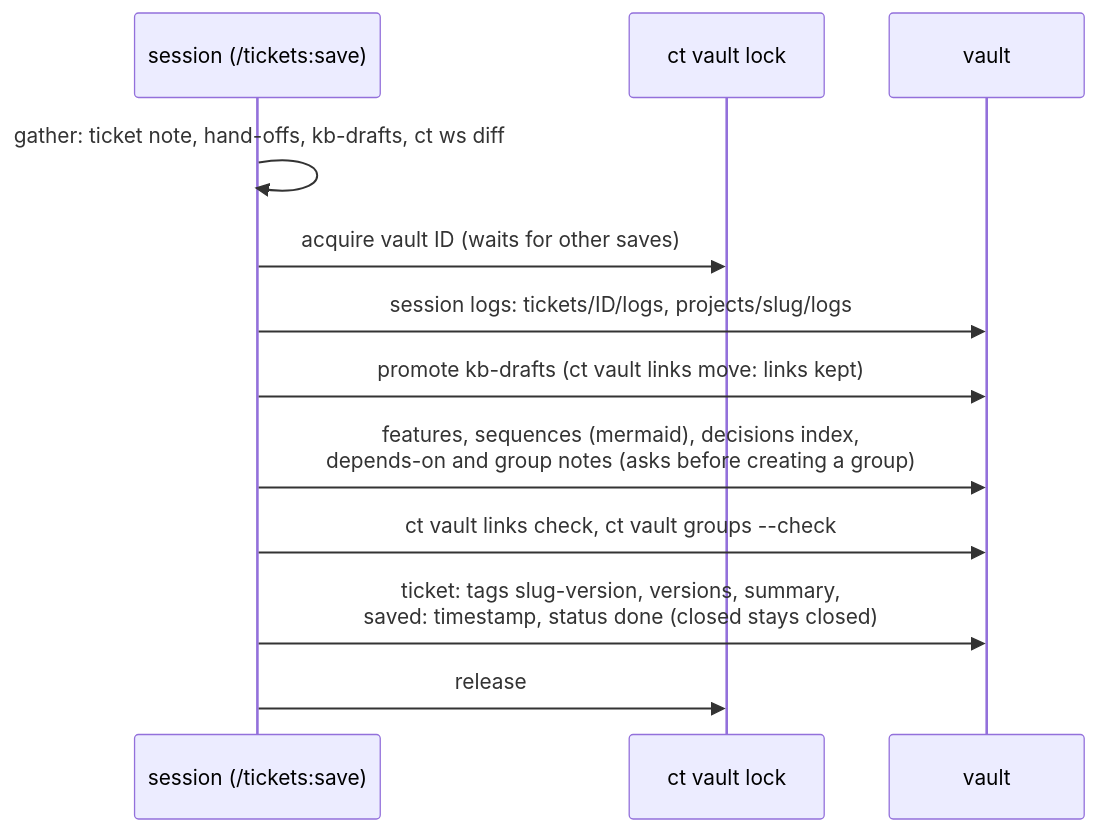
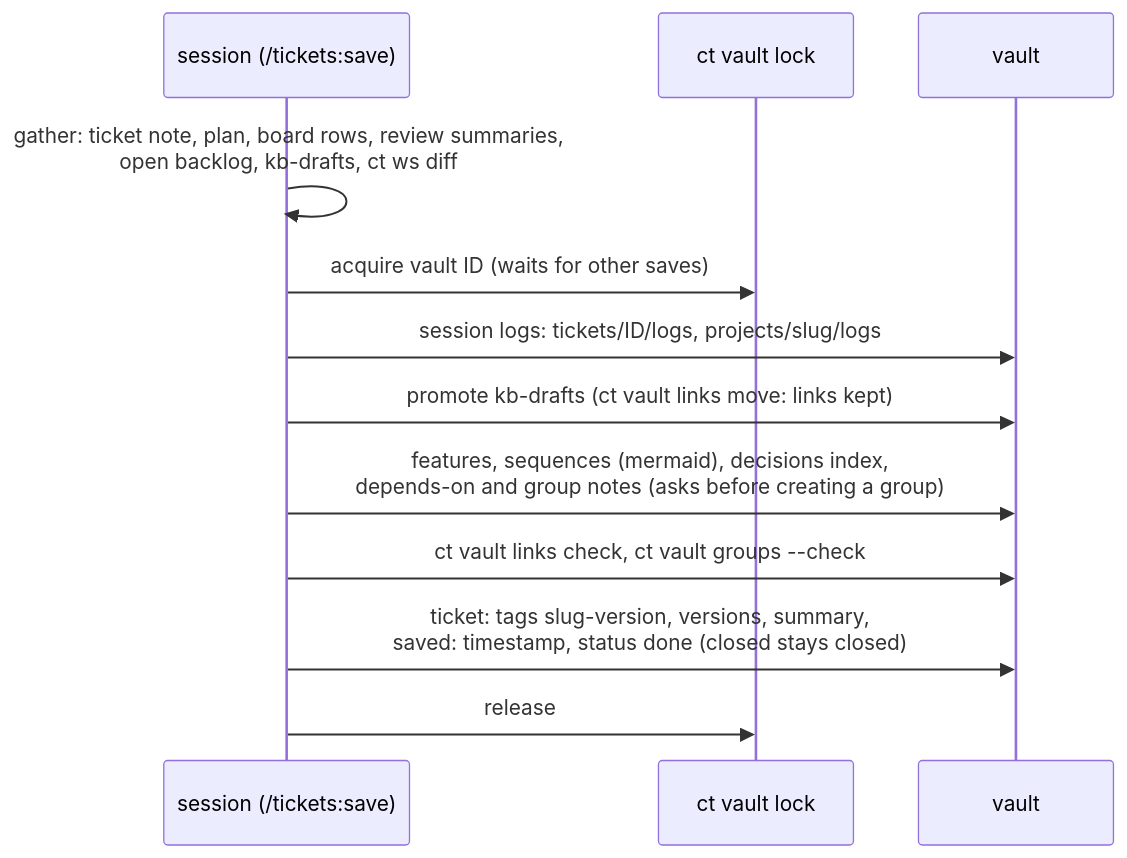
Before and after one commit to zero4573/claude-tickets: the fourth of 6 diagrams in README.md, drawn with Mermaid. The commit also changed other lines of this file and 6 other files, not shown here.

````diff
--- a/README.md
+++ b/README.md
@@ -415,14 +452,14 @@
 ```mermaid
 sequenceDiagram
   participant S as session (/tickets:save)
   participant L as ct vault lock
   participant V as vault
-  S->>S: gather: ticket note, hand-offs, kb-drafts, ct ws diff
+  S->>S: gather: ticket note, plan, board rows, review summaries,<br/>open backlog, kb-drafts, ct ws diff
   S->>L: acquire vault ID (waits for other saves)
   S->>V: session logs: tickets/ID/logs, projects/slug/logs
   S->>V: promote kb-drafts (ct vault links move: links kept)
   S->>V: features, sequences (mermaid), decisions index,<br/>depends-on and group notes (asks before creating a group)
   S->>V: ct vault links check, ct vault groups --check
   S->>V: ticket: tags slug-version, versions, summary,<br/>saved: timestamp, status done (closed stays closed)
   S->>L: release
 ```
````
